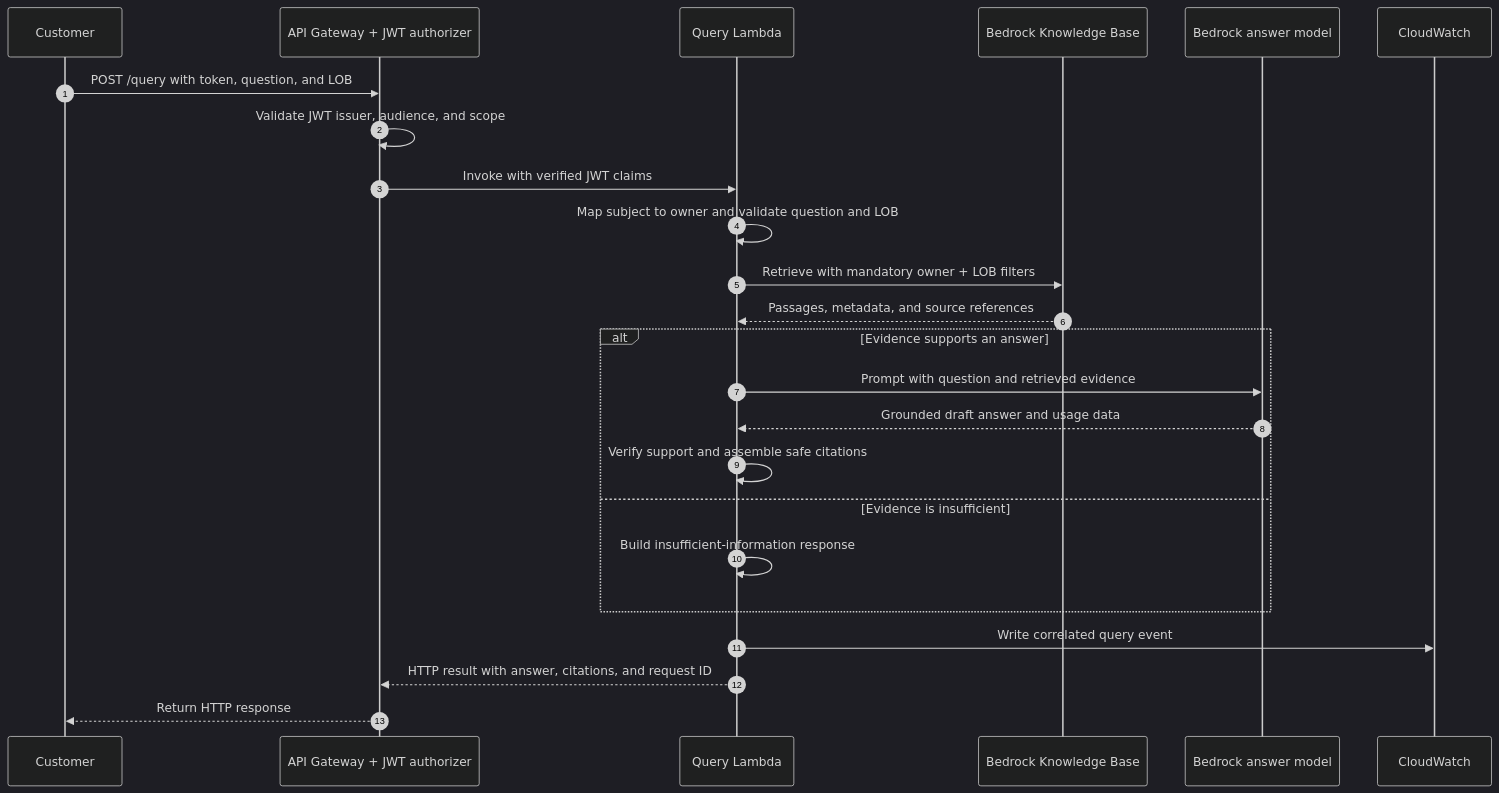
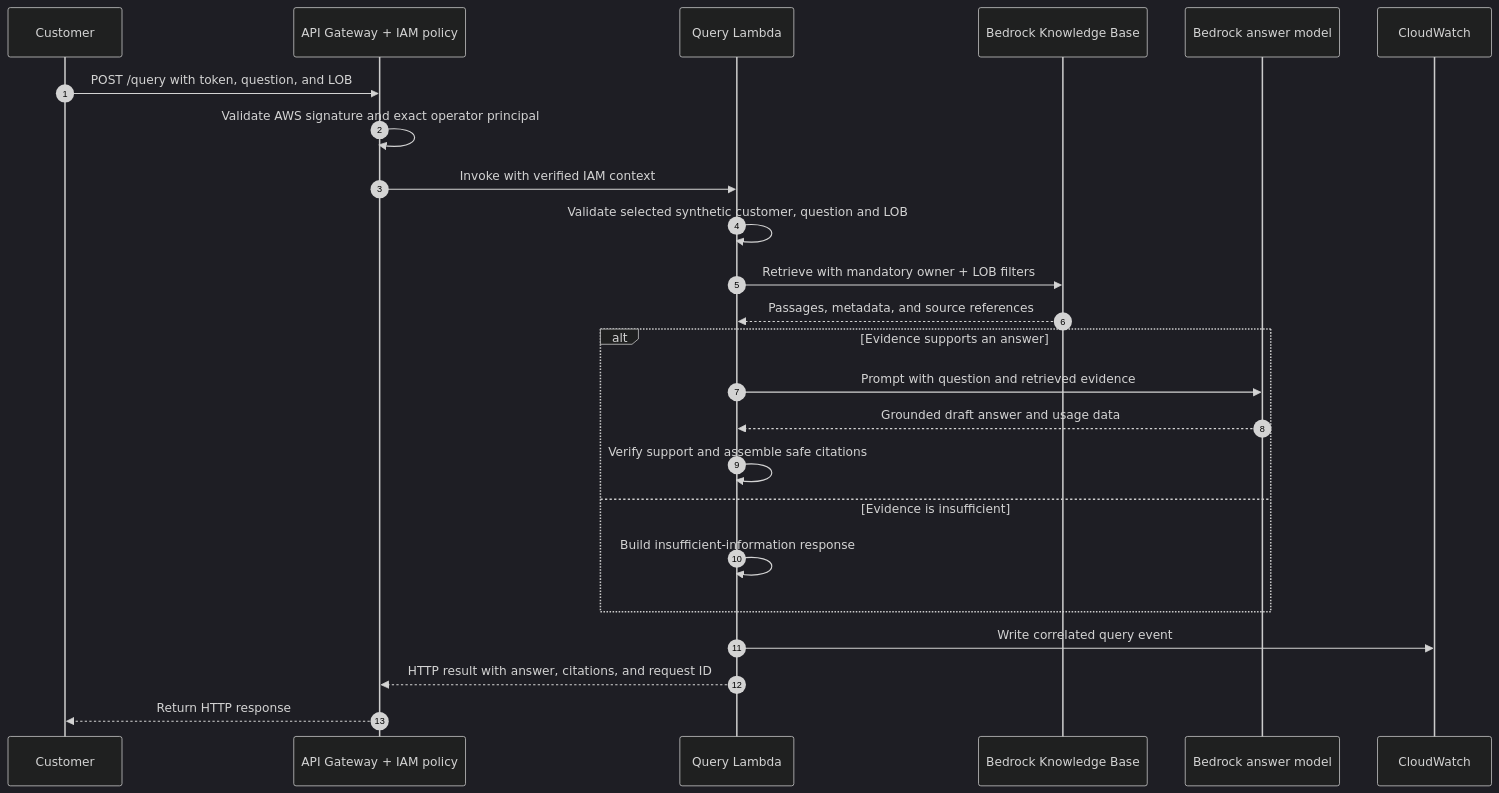
Before and after one commit to anil-avvaru-cool/insurance-agentic-ai-platform: the second of 2 diagrams in docs/PHASE_1_AWS_RESOURCE_INVENTORY.md, drawn with Mermaid (dark theme). The commit also changed other lines of this file and 18 other files, not shown here.

````diff
--- a/docs/PHASE_1_AWS_RESOURCE_INVENTORY.md
+++ b/docs/PHASE_1_AWS_RESOURCE_INVENTORY.md
@@ -50,26 +50,26 @@
 ```mermaid
 sequenceDiagram
     autonumber
     participant Customer
-    participant API as API Gateway + JWT authorizer
+    participant API as API Gateway + IAM policy
     participant Lambda as Query Lambda
     participant KB as Bedrock Knowledge Base
     participant Model as Bedrock answer model
     participant Logs as CloudWatch
     Customer->>API: POST /query with token, question, and LOB
-    API->>API: Validate JWT issuer, audience, and scope
-    API->>Lambda: Invoke with verified JWT claims
-    Lambda->>Lambda: Map subject to owner and validate question and LOB
+    API->>API: Validate AWS signature and exact operator principal
+    API->>Lambda: Invoke with verified IAM context
+    Lambda->>Lambda: Validate selected synthetic customer, question and LOB
     Lambda->>KB: Retrieve with mandatory owner + LOB filters
     KB-->>Lambda: Passages, metadata, and source references
     alt Evidence supports an answer
         Lambda->>Model: Prompt with question and retrieved evidence
         Model-->>Lambda: Grounded draft answer and usage data
         Lambda->>Lambda: Verify support and assemble safe citations
     else Evidence is insufficient
         Lambda->>Lambda: Build insufficient-information response
     end
     Lambda->>Logs: Write correlated query event
     Lambda-->>API: HTTP result with answer, citations, and request ID
     API-->>Customer: Return HTTP response
 ```
````
